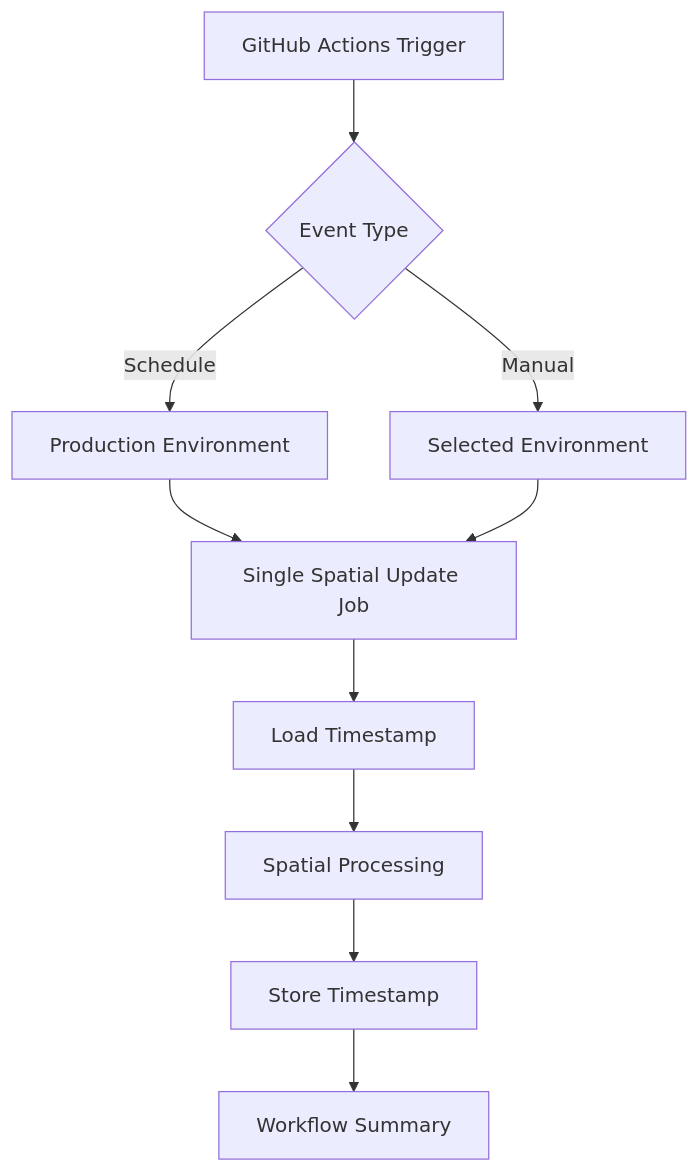
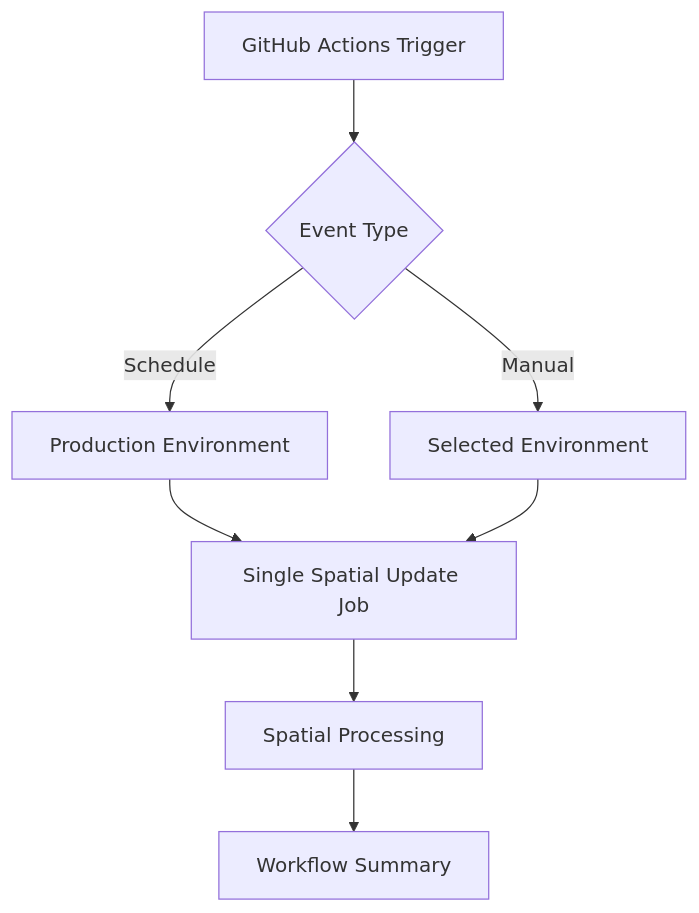
One commit to EcoNet-NZ/cams-weeds-utilities changed the diagram in .github/workflows/README.md. Above: the diagram before and after it, drawn with Mermaid. The commit also changed other lines of this file and 4 other files, not shown here.

````diff
--- a/.github/workflows/README.md
+++ b/.github/workflows/README.md
@@ -136,14 +133,12 @@
 ```mermaid
 graph TD
     A[GitHub Actions Trigger] --> B{Event Type}
     B -->|Schedule| C[Production Environment]
     B -->|Manual| D[Selected Environment]
     
     C --> E[Single Spatial Update Job]
     D --> E
     
-    E --> F[Load Timestamp]
-    F --> G[Spatial Processing]
-    G --> H[Store Timestamp]
-    H --> I[Workflow Summary]
+    E --> F[Spatial Processing]
+    F --> G[Workflow Summary]
 ```
````
